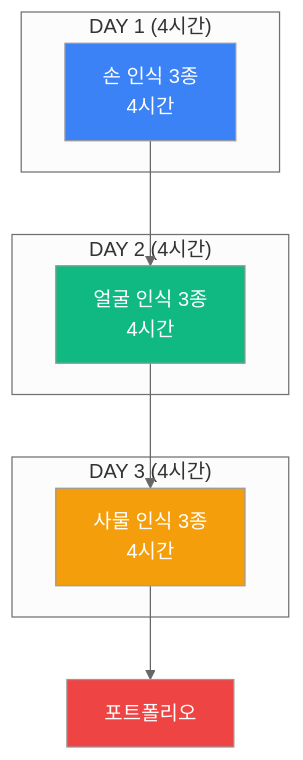
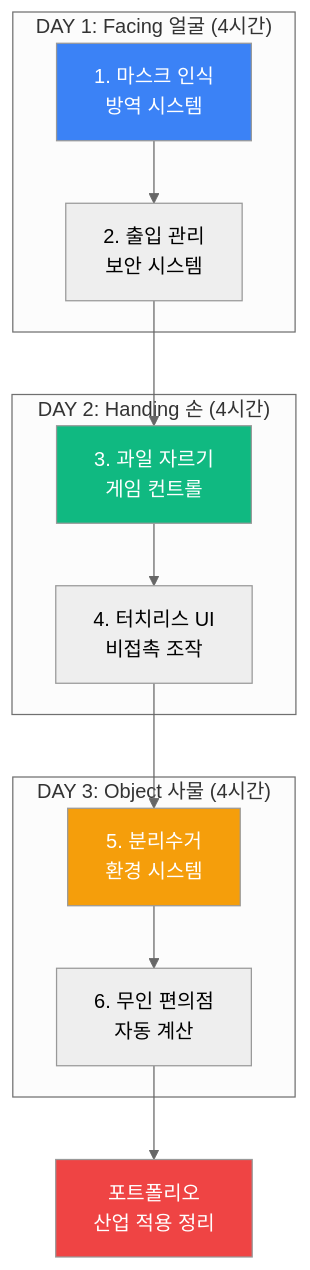
Before and after one commit to Collegenie-X/AIMakerLab_Web: diagram 12 of 14 in documents/CURRICULUM/맛보기_블록코딩_AI비전.md, drawn with Mermaid (neutral theme). The commit also changed other lines of this file and 3 other files, not shown here.

````diff
--- a/documents/CURRICULUM/맛보기_블록코딩_AI비전.md
+++ b/documents/CURRICULUM/맛보기_블록코딩_AI비전.md
@@ -365,23 +632,29 @@
 ```mermaid
 graph TB
-    subgraph "DAY 1 (4시간)"
-        D1[손 인식 3종<br/>4시간]
+    subgraph "DAY 1: Facing 얼굴 (4시간)"
+        D1A[1. 마스크 인식<br/>방역 시스템]
+        D1B[2. 출입 관리<br/>보안 시스템]
     end
     
-    subgraph "DAY 2 (4시간)"
-        D2[얼굴 인식 3종<br/>4시간]
+    subgraph "DAY 2: Handing 손 (4시간)"
+        D2A[3. 과일 자르기<br/>게임 컨트롤]
+        D2B[4. 터치리스 UI<br/>비접촉 조작]
     end
     
-    subgraph "DAY 3 (4시간)"
-        D3[사물 인식 3종<br/>4시간]
+    subgraph "DAY 3: Object 사물 (4시간)"
+        D3A[5. 분리수거<br/>환경 시스템]
+        D3B[6. 무인 편의점<br/>자동 계산]
     end
     
-    D1 --> D2
-    D2 --> D3
-    D3 --> P[포트폴리오]
+    D1A --> D1B
+    D1B --> D2A
+    D2A --> D2B
+    D2B --> D3A
+    D3A --> D3B
+    D3B --> P[포트폴리오<br/>산업 적용 정리]
     
-    style D1 fill:#3b82f6,color:#fff
-    style D2 fill:#10b981,color:#fff
-    style D3 fill:#f59e0b,color:#fff
+    style D1A fill:#3b82f6,color:#fff
+    style D2A fill:#10b981,color:#fff
+    style D3A fill:#f59e0b,color:#fff
     style P fill:#ef4444,color:#fff
 ```
````
